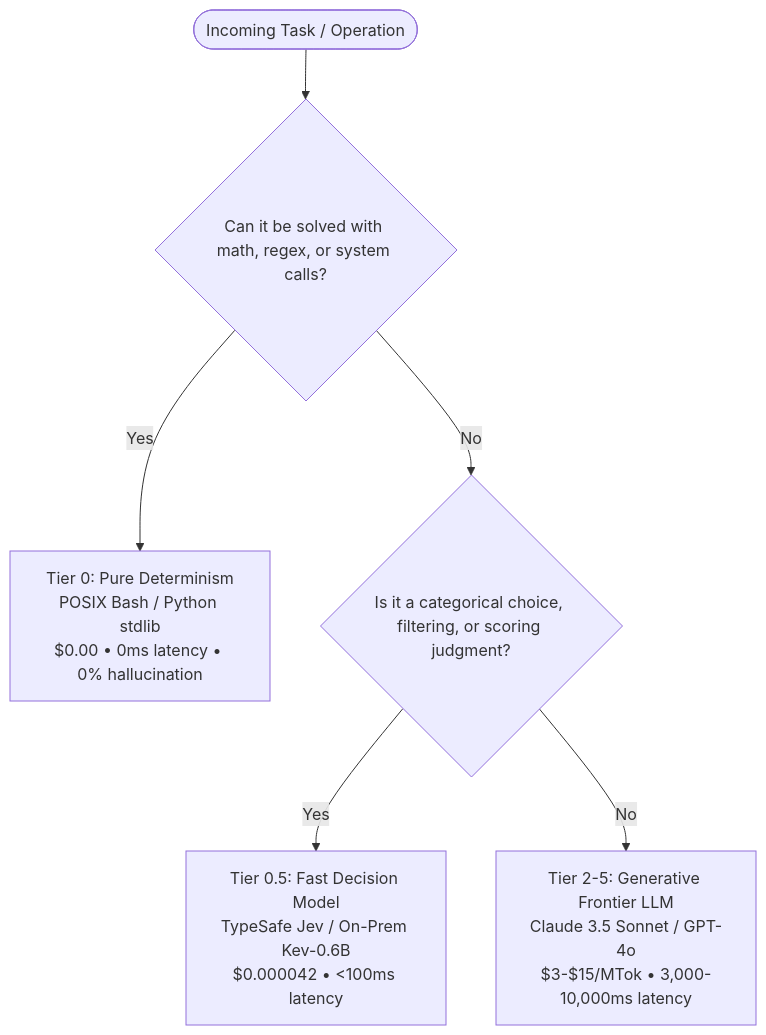
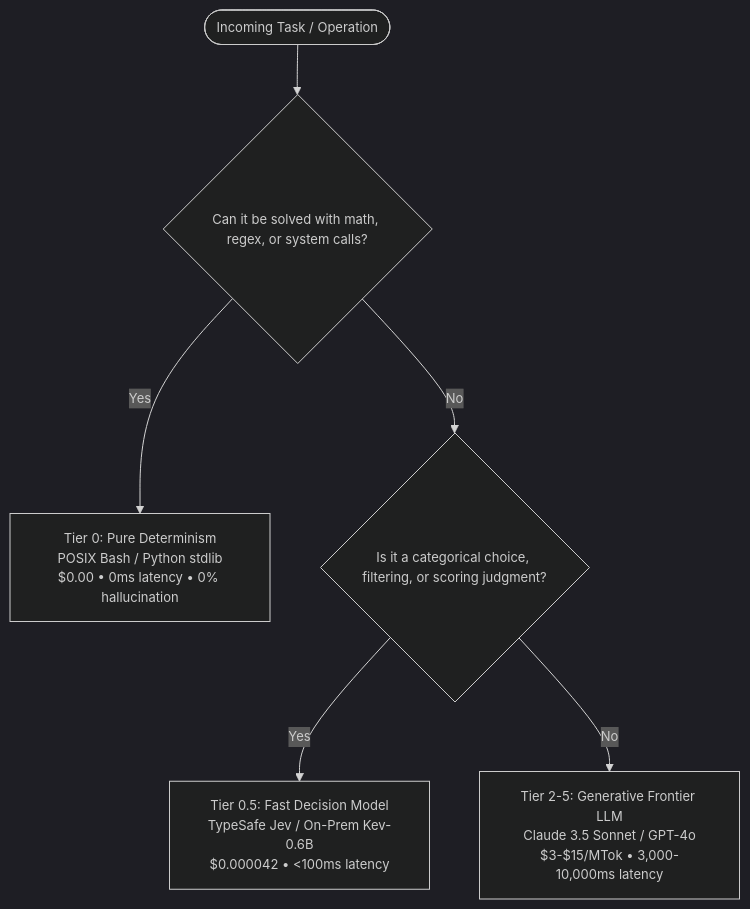
One commit to rodericklm1/determify changed the first of 2 diagrams in README.md. Above: the diagram before and after it, drawn with Mermaid. The commit also changed other lines of this file and 9 other files, not shown here.

````diff
--- a/README.md
+++ b/README.md
@@ -19,8 +19,9 @@
 ```mermaid
+%%{init: {'theme': 'dark', 'themeVariables': { 'fontSize': '13px' }}}%%
 flowchart TD
     Task([Incoming Task / Operation]) --> T0{Can it be solved with math, regex, or system calls?}
     T0 -- Yes --> Tier0[Tier 0: Pure Determinism\nPOSIX Bash / Python stdlib\n$0.00 • 0ms latency • 0% hallucination]
     T0 -- No --> T05{Is it a categorical choice, filtering, or scoring judgment?}
     T05 -- Yes --> Tier05[Tier 0.5: Fast Decision Model\nTypeSafe Jev / On-Prem Kev-0.6B\n$0.000042 • <100ms latency]
     T05 -- No --> TierFrontier[Tier 2-5: Generative Frontier LLM\nClaude 3.5 Sonnet / GPT-4o\n$3-$15/MTok • 3,000-10,000ms latency]
 ```
````
